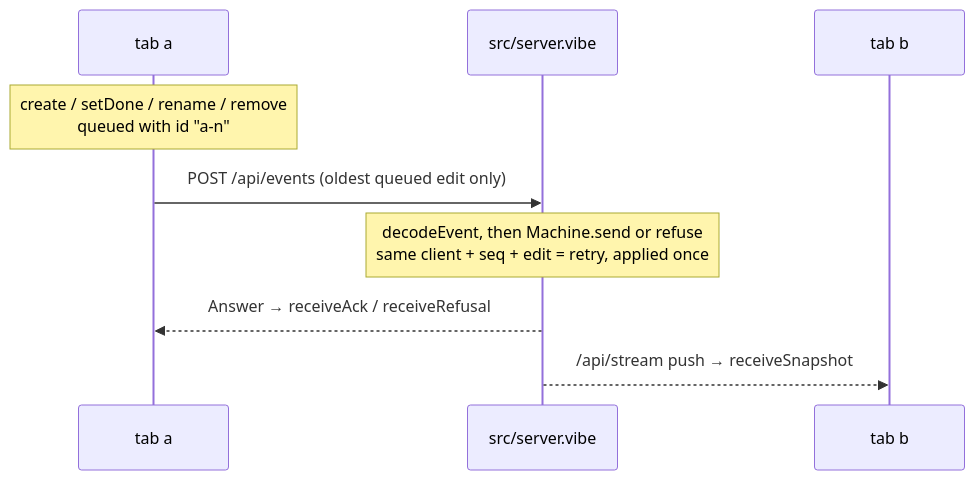
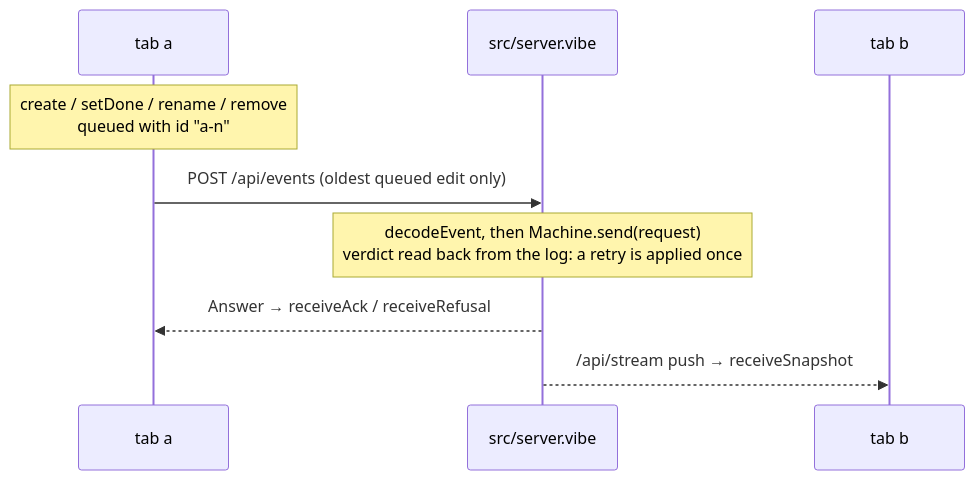
The diagram in vibestack/examples/fullstack/README.md (lalalune/vibespec-starter), drawn with Mermaid before and after one commit. The commit also changed other lines of this file and 12 other files, not shown here.

First line of the commit message:
Fullstack: the server's decision is one proved transition, its state survives a restart, and the tab runs on the generated client Machine

````diff
--- a/vibestack/examples/fullstack/README.md
+++ b/vibestack/examples/fullstack/README.md
@@ -31,11 +31,11 @@
 ```mermaid
 sequenceDiagram
   participant A as tab a
   participant S as src/server.vibe
   participant B as tab b
   Note over A: create / setDone / rename / remove<br/>queued with id "a-n"
   A->>S: POST /api/events (oldest queued edit only)
-  Note over S: decodeEvent, then Machine.send or refuse<br/>same client + seq + edit = retry, applied once
+  Note over S: decodeEvent, then Machine.send(request)<br/>verdict read back from the log: a retry is applied once
   S-->>A: Answer → receiveAck / receiveRefusal
   S-->>B: /api/stream push → receiveSnapshot
 ```
````
